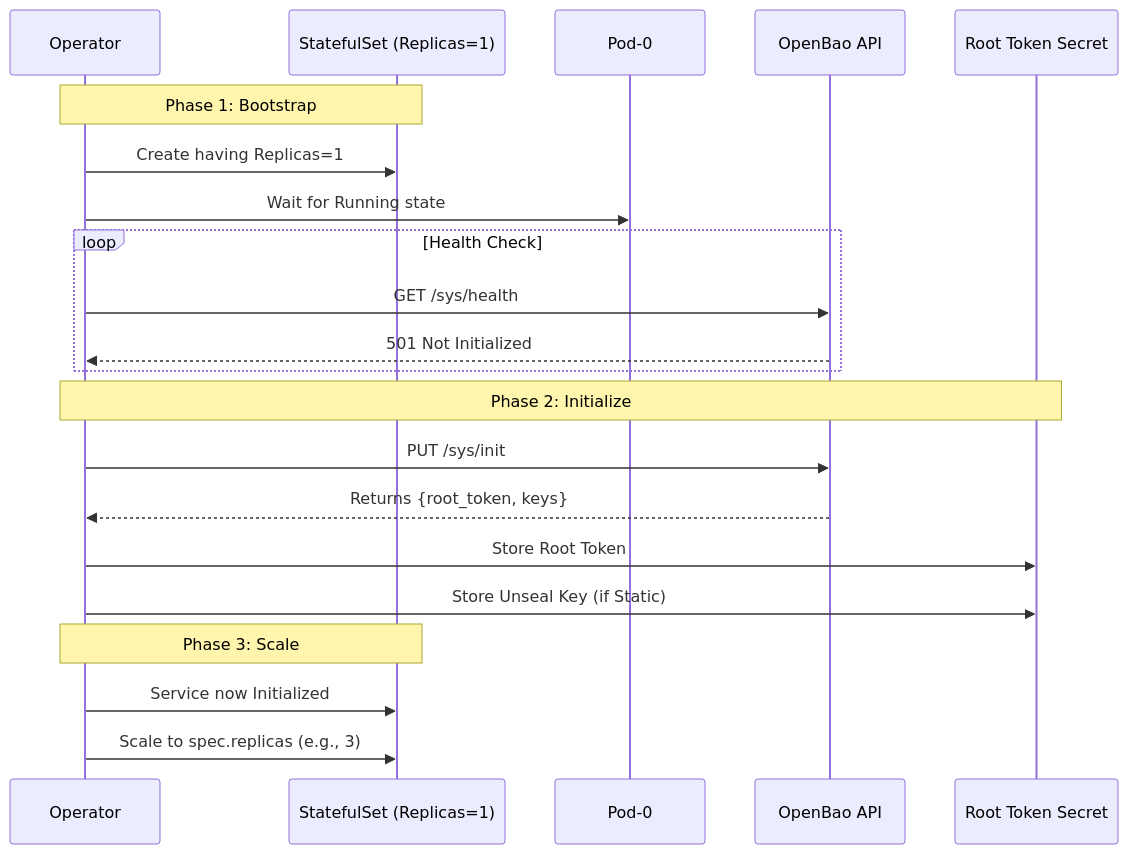
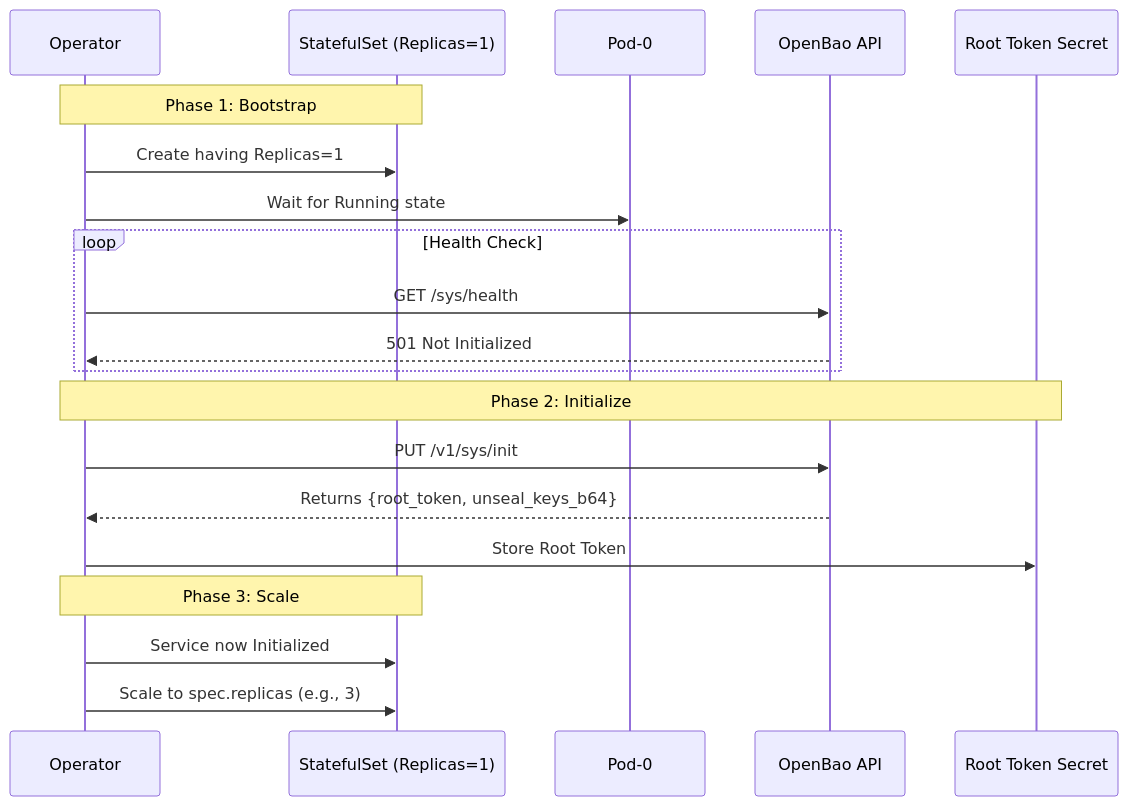
One commit to dc-tec/openbao-operator changed the diagram in docs/architecture/init-manager.md. Above: the diagram before and after it, drawn with Mermaid. The commit also changed other lines of this file and 48 other files, not shown here.

````diff
--- a/docs/architecture/init-manager.md
+++ b/docs/architecture/init-manager.md
@@ -12,28 +12,27 @@
 ```mermaid
 sequenceDiagram
     participant Op as Operator
     participant SS as StatefulSet (Replicas=1)
     participant Pod as Pod-0
     participant Bao as OpenBao API
     participant Secret as Root Token Secret
 
     Note over Op, SS: Phase 1: Bootstrap
     Op->>SS: Create having Replicas=1
     Op->>Pod: Wait for Running state
     
     loop Health Check
         Op->>Bao: GET /sys/health
         Bao-->>Op: 501 Not Initialized
     end
 
     Note over Op, Secret: Phase 2: Initialize
-    Op->>Bao: PUT /sys/init
-    Bao-->>Op: Returns {root_token, keys}
+    Op->>Bao: PUT /v1/sys/init
+    Bao-->>Op: Returns {root_token, unseal_keys_b64}
     
     Op->>Secret: Store Root Token
-    Op->>Secret: Store Unseal Key (if Static)
     
     Note over Op, SS: Phase 3: Scale
     Op->>SS: Service now Initialized
     Op->>SS: Scale to spec.replicas (e.g., 3)
 ```
````
